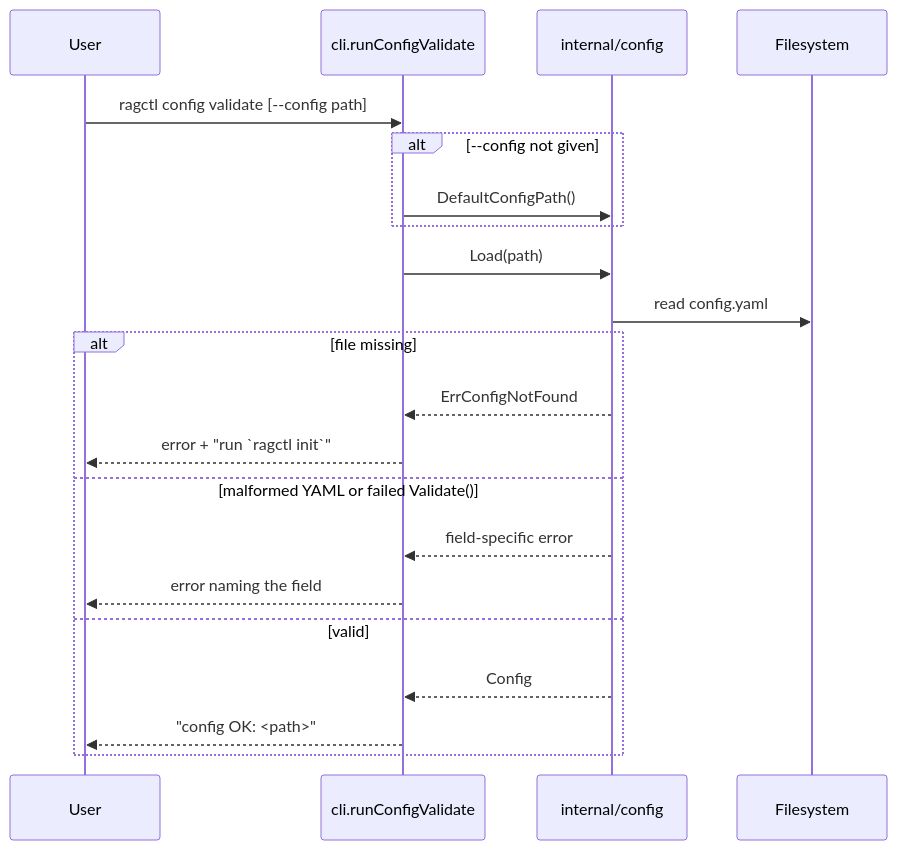
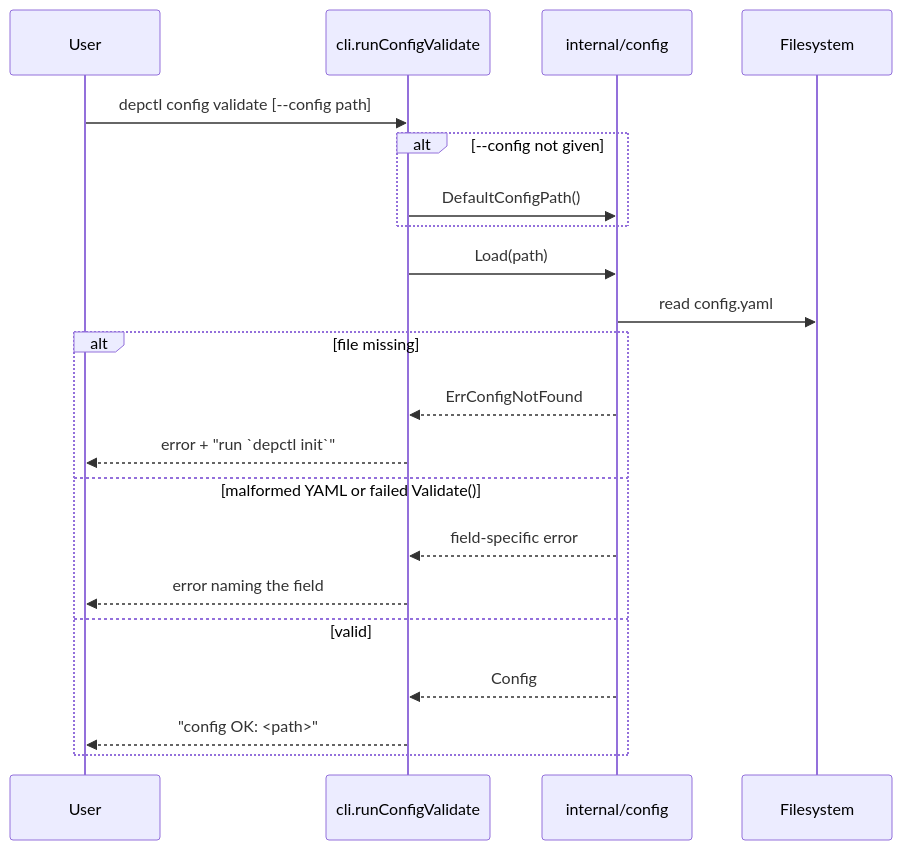
One commit to aleutian-ai/depctl changed the fourth of 16 diagrams in docs/architecture.md. Above: the diagram before and after it, drawn with Mermaid. The commit also changed other lines of this file and 588 other files, not shown here.

Commit message:
Rename ragctl to depctl: binary, module github.com/aleutian-ai/depctl, paths, env vars, metrics, MCP name, docs

````diff
--- a/docs/architecture.md
+++ b/docs/architecture.md
@@ -197,24 +197,24 @@
 ```mermaid
 sequenceDiagram
     participant User
     participant CLI as cli.runConfigValidate
     participant Config as internal/config
     participant FS as Filesystem
 
-    User->>CLI: ragctl config validate [--config path]
+    User->>CLI: depctl config validate [--config path]
     alt --config not given
         CLI->>Config: DefaultConfigPath()
     end
     CLI->>Config: Load(path)
     Config->>FS: read config.yaml
     alt file missing
         Config-->>CLI: ErrConfigNotFound
-        CLI-->>User: error + "run `ragctl init`"
+        CLI-->>User: error + "run `depctl init`"
     else malformed YAML or failed Validate()
         Config-->>CLI: field-specific error
         CLI-->>User: error naming the field
     else valid
         Config-->>CLI: Config
         CLI-->>User: "config OK: <path>"
     end
 ```
````
